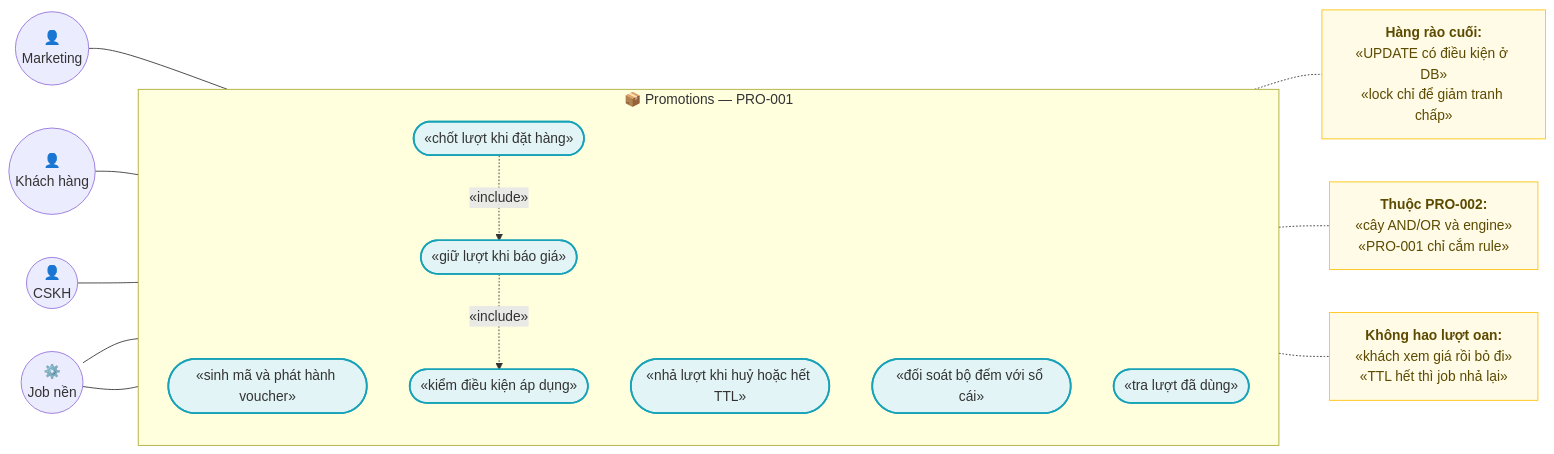
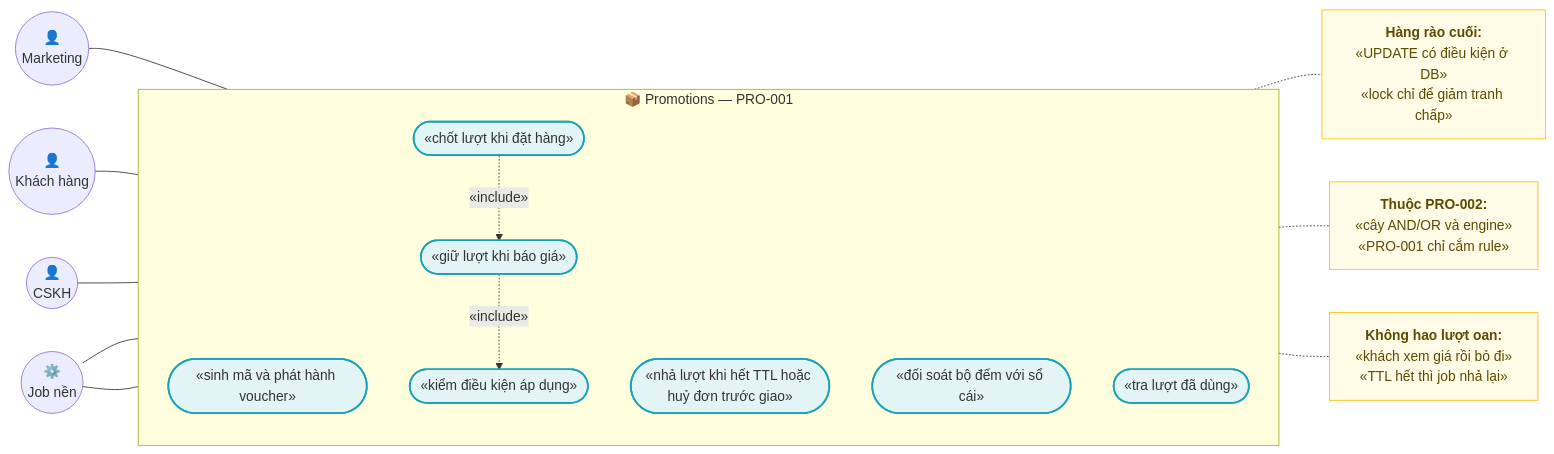
The first of 3 diagrams in docs/features/promotions/pro-001-voucher-coupon.md (hungnt9801/eCommerce), drawn with Mermaid before and after one commit. The commit also changed other lines of this file and 8 other files, not shown here.

````diff
--- a/docs/features/promotions/pro-001-voucher-coupon.md
+++ b/docs/features/promotions/pro-001-voucher-coupon.md
@@ -144,39 +147,39 @@
 ```mermaid
 flowchart LR
     classDef actor fill:#d4edda,stroke:#155724,stroke-width:2px;
     classDef usecase fill:#e2f4f6,stroke:#17a2b8,stroke-width:2px;
     classDef note fill:#fffbe6,stroke:#ffc107,stroke-width:1px,color:#5c4a00;
 
     KH(("👤<br/>Khách hàng"))
     MKT(("👤<br/>Marketing"))
     CS(("👤<br/>CSKH"))
     JOB(("⚙️<br/>Job nền"))
 
     subgraph PROMO["📦 Promotions — PRO-001"]
         direction TB
         UC1(["«sinh mã và phát hành voucher»"])
         UC2(["«kiểm điều kiện áp dụng»"])
         UC3(["«giữ lượt khi báo giá»"])
         UC4(["«chốt lượt khi đặt hàng»"])
-        UC5(["«nhả lượt khi huỷ hoặc hết TTL»"])
+        UC5(["«nhả lượt khi hết TTL hoặc huỷ đơn trước giao»"])
         UC6(["«đối soát bộ đếm với sổ cái»"])
         UC7(["«tra lượt đã dùng»"])
         class UC1,UC2,UC3,UC4,UC5,UC6,UC7 usecase;
     end
 
     N1["<b>Hàng rào cuối:</b><br/>«UPDATE có điều kiện ở DB»<br/>«lock chỉ để giảm tranh chấp»"]
     N2["<b>Thuộc PRO-002:</b><br/>«cây AND/OR và engine»<br/>«PRO-001 chỉ cắm rule»"]
     N3["<b>Không hao lượt oan:</b><br/>«khách xem giá rồi bỏ đi»<br/>«TTL hết thì job nhả lại»"]
     class N1,N2,N3 note;
 
     MKT --- UC1
     KH --- UC2
     CS --- UC7
     JOB --- UC5
     JOB --- UC6
     UC3 -. "«include»" .-> UC2
     UC4 -. "«include»" .-> UC3
     UC3 -.- N1
     UC2 -.- N2
     UC3 -.- N3
 ```
````
